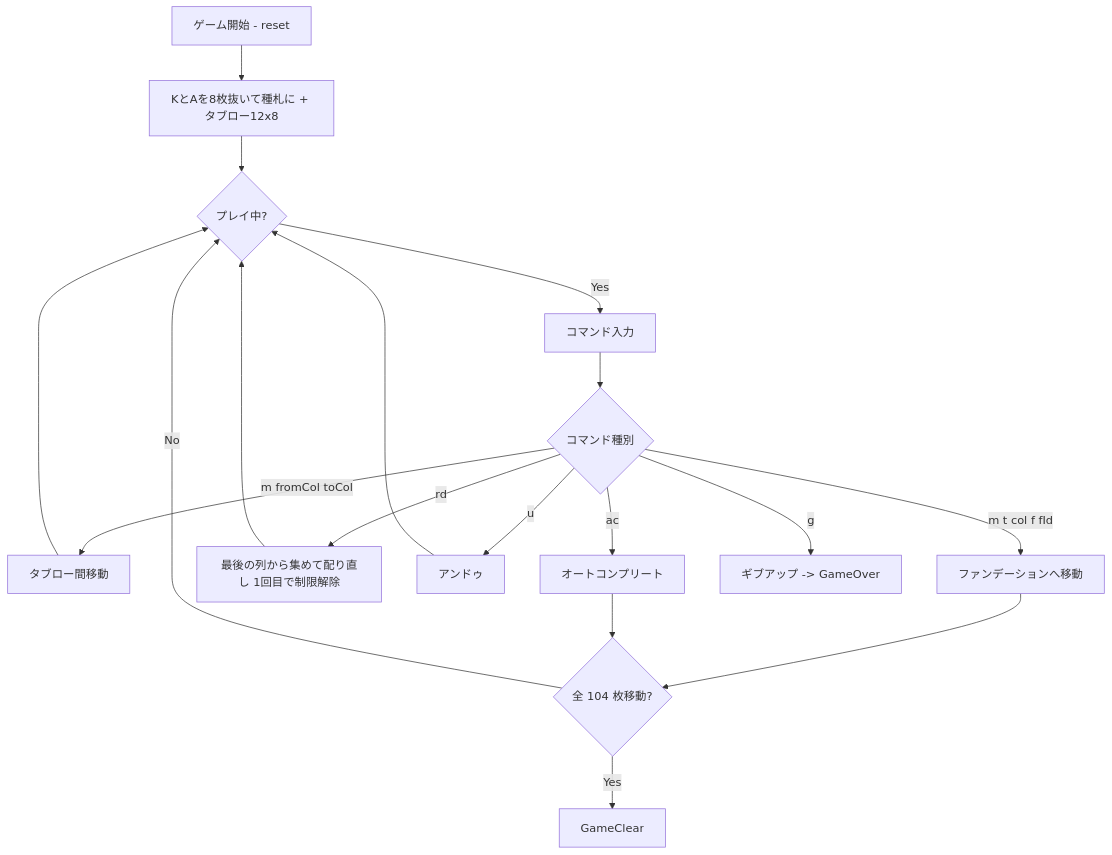
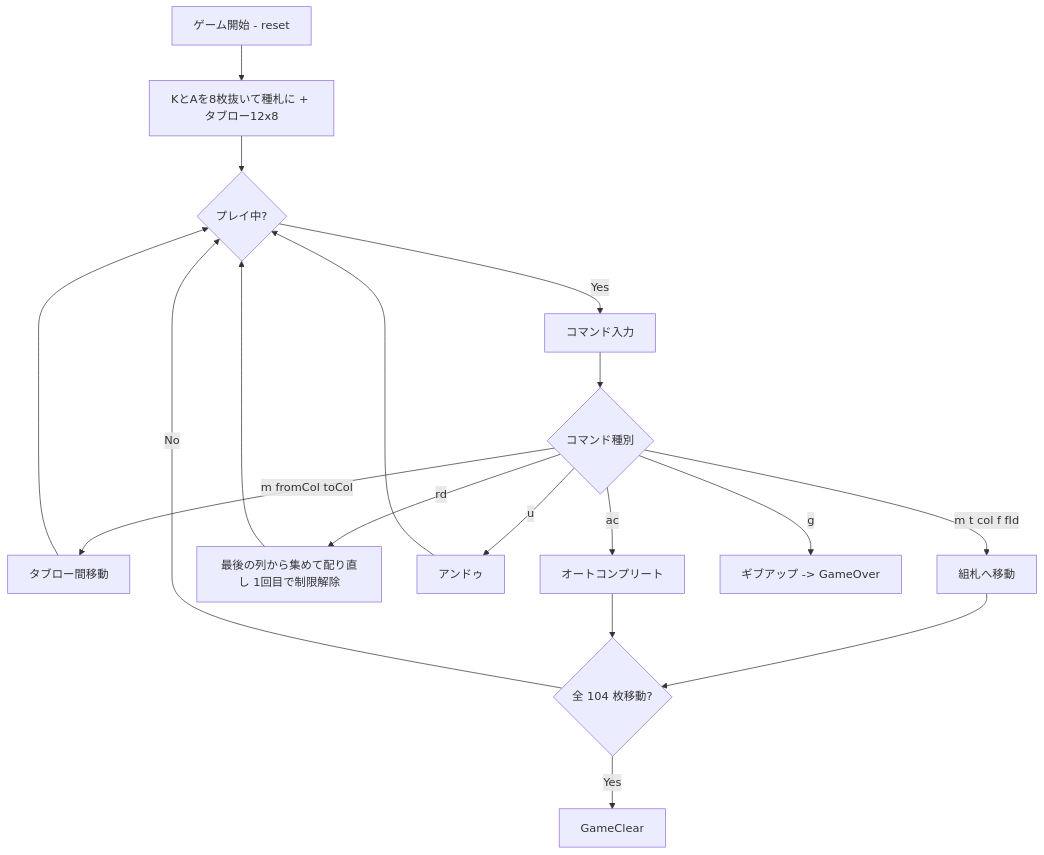
The diagram in docs/manual/cui/sthelena.md (yuta-yoshinaga/go_trumpcards), drawn with Mermaid before and after one commit. The commit also changed other lines of this file and 49 other files, not shown here.

````diff
--- a/docs/manual/cui/sthelena.md
+++ b/docs/manual/cui/sthelena.md
@@ -60,20 +60,20 @@
 ```mermaid
 flowchart TD
     A[ゲーム開始 - reset] --> B[KとAを8枚抜いて種札に + タブロー12x8]
     B --> C{プレイ中?}
     C -- Yes --> D[コマンド入力]
     D --> E{コマンド種別}
     E -- m fromCol toCol --> F[タブロー間移動]
-    E -- m t col f fId --> G[ファンデーションへ移動]
+    E -- m t col f fId --> G[組札へ移動]
     E -- rd --> H[最後の列から集めて配り直し 1回目で制限解除]
     E -- u --> I[アンドゥ]
     E -- ac --> J[オートコンプリート]
     E -- g --> K[ギブアップ -> GameOver]
     F --> C
     G --> L{全 104 枚移動?}
     L -- Yes --> M[GameClear]
     L -- No --> C
     H --> C
     I --> C
     J --> L
 ```
````
